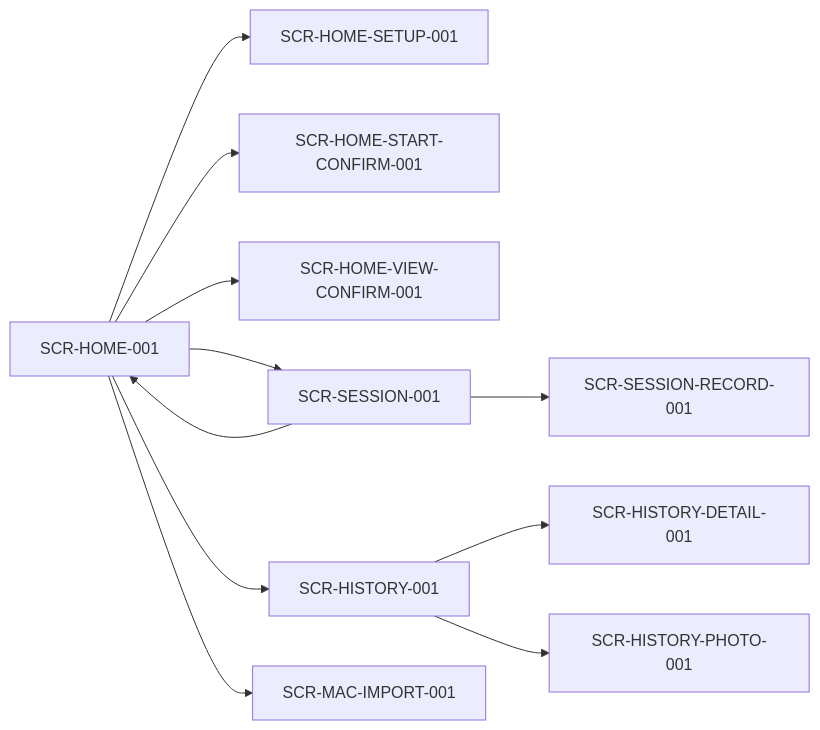
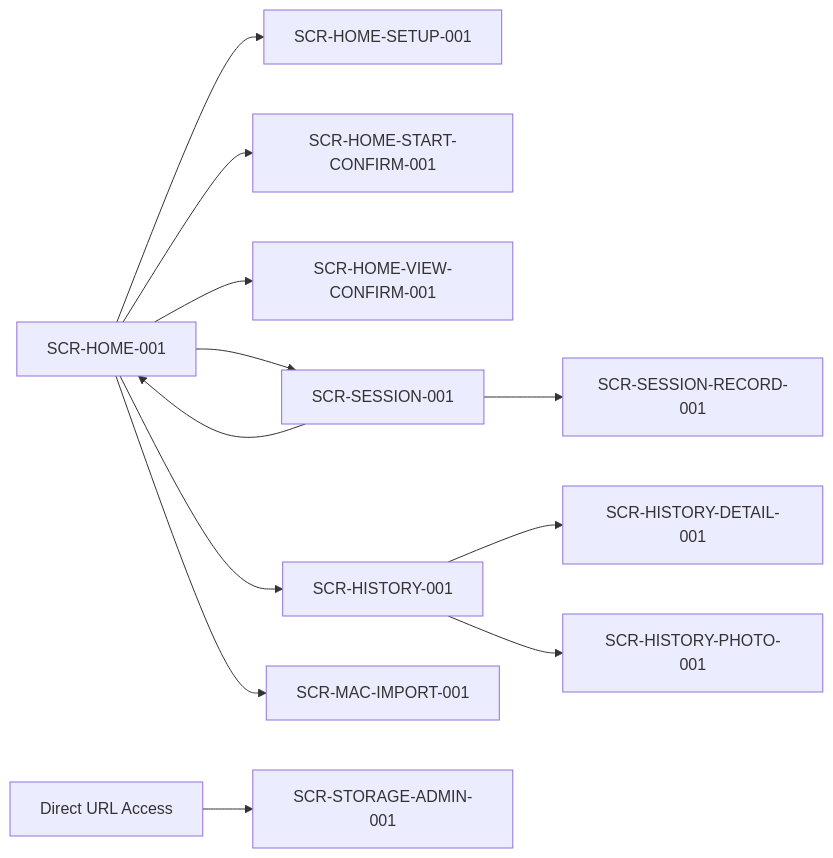
One commit to h-sakanet/capd_navi changed the diagram in docs/spec/20_screens/screens_index.md. Above: the diagram before and after it, drawn with Mermaid. The commit also changed other lines of this file and 111 other files, not shown here.

````diff
--- a/docs/spec/20_screens/screens_index.md
+++ b/docs/spec/20_screens/screens_index.md
@@ -4,13 +4,14 @@
 ```mermaid
 flowchart LR
   HOME[SCR-HOME-001] --> SETUP[SCR-HOME-SETUP-001]
   HOME --> START[SCR-HOME-START-CONFIRM-001]
   HOME --> VIEW[SCR-HOME-VIEW-CONFIRM-001]
   HOME --> SESSION[SCR-SESSION-001]
   HOME --> HISTORY[SCR-HISTORY-001]
   HISTORY --> HISTORY_DETAIL[SCR-HISTORY-DETAIL-001]
   HISTORY --> HISTORY_PHOTO[SCR-HISTORY-PHOTO-001]
   SESSION --> RECORD[SCR-SESSION-RECORD-001]
   SESSION --> HOME
   HOME --> MAC_IMPORT[SCR-MAC-IMPORT-001]
+  DIRECT[Direct URL Access] --> STORAGE_ADMIN[SCR-STORAGE-ADMIN-001]
 ```
````
